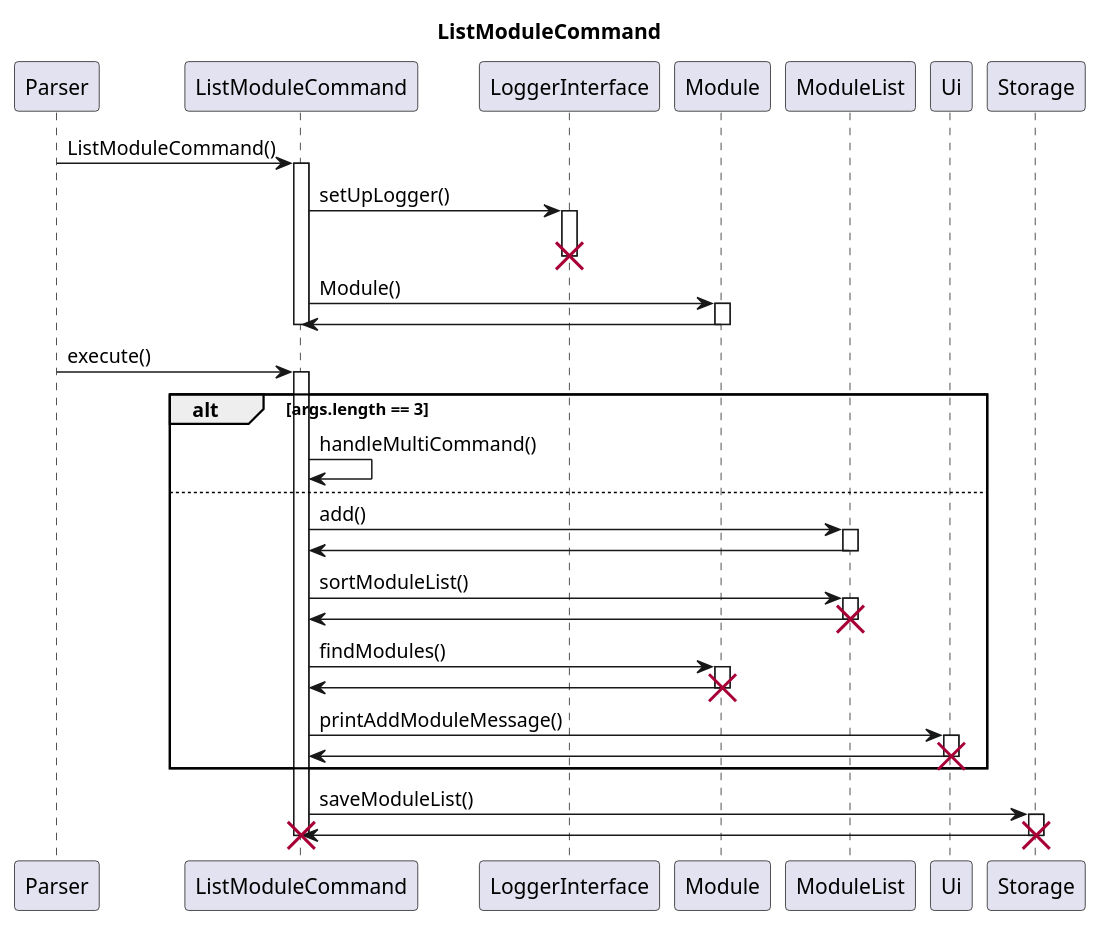
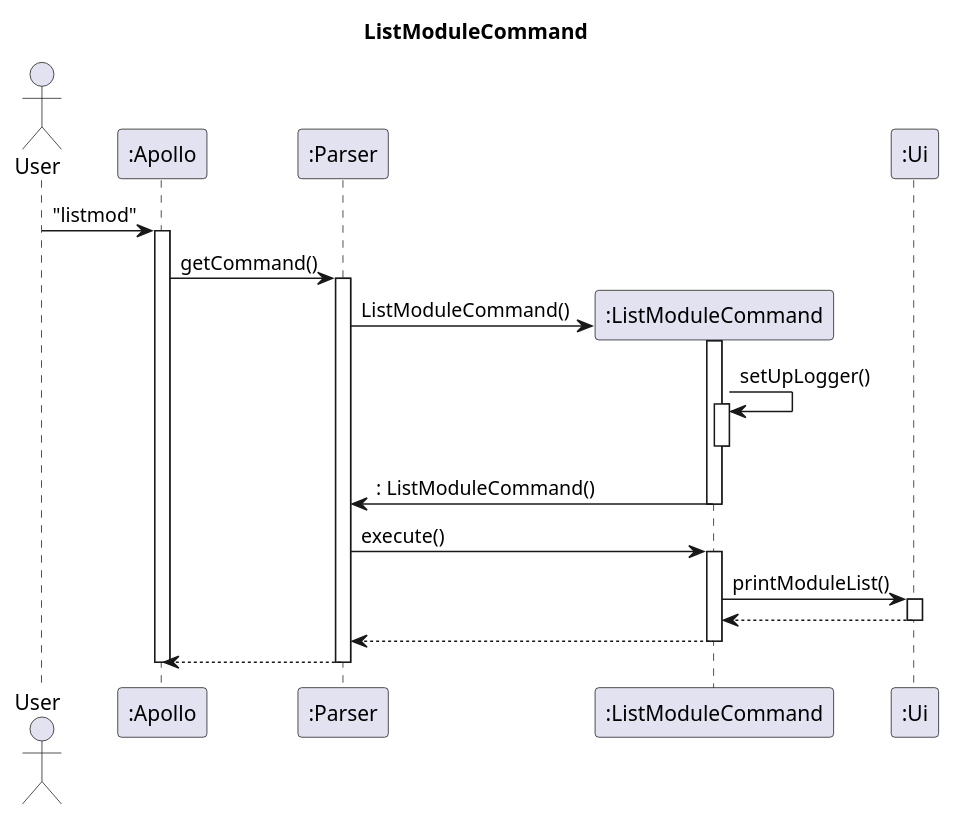
One commit to nus-cs2113-AY2223S2/tp changed the diagram in docs/uml-source/ListMod.puml. Above: the diagram before and after it, drawn with PlantUML. The commit also changed 4 other files, not shown here.

Commit message:
Update UML Diagram for AddModuleCommand

```diff
--- a/docs/uml-source/ListMod.puml
+++ b/docs/uml-source/ListMod.puml
@@ -1,61 +1,42 @@
 @startuml
 'https://plantuml.com/sequence-diagram
 
 title ListModuleCommand
 
-participant Parser as Parser
+actor User
 
-participant ListModuleCommand as ListMod
+participant ":Apollo" as Apollo
+participant ":Parser" as Parser
+participant ":ListModuleCommand" as ListMod
+participant ":Ui" as Ui
 
-Parser -> ListMod : ListModuleCommand()
+User -> Apollo : "listmod"
+activate Apollo
+Apollo -> Parser : getCommand()
+activate Parser
+
+Parser -> ListMod** : ListModuleCommand()
 activate ListMod
-ListMod -> LoggerInterface : setUpLogger()
+ListMod -> ListMod : setUpLogger()
+activate ListMod
+deactivate ListMod
+ListMod -> Parser: : ListModuleCommand()
+deactivate ListMod
 
-activate LoggerInterface
-deactivate LoggerInterface
-destroy LoggerInterface
 
-ListMod -> Module: Module()
-activate Module
-Module -> ListMod
-deactivate Module
-deactivate ListMod
 
 Parser -> ListMod : execute()
 activate ListMod
 
-alt args.length == 3
-    ListMod -> ListMod : handleMultiCommand()
-else
-    ListMod -> ModuleList : add()
-    activate ModuleList
-    ModuleList -> ListMod
-    deactivate ModuleList
+ListMod -> Ui : printModuleList()
+activate Ui
+Ui --> ListMod
+deactivate Ui
 
-    ListMod -> ModuleList : sortModuleList()
-    activate ModuleList
-    ModuleList -> ListMod
-    deactivate ModuleList
-    destroy ModuleList
+ListMod --> Parser
 
-    ListMod -> Module: findModules()
-    activate Module
-    Module -> ListMod
-    deactivate Module
-    destroy Module
-
-    ListMod -> Ui : printAddModuleMessage()
-    activate Ui
-    Ui -> ListMod
-    deactivate Ui
-    destroy Ui
-end
-
-ListMod -> Storage : saveModuleList()
-activate Storage
-Storage -> ListMod
-deactivate Storage
-destroy Storage
-
-destroy ListMod
+deactivate ListMod
+Parser --> Apollo
+deactivate Parser
+deactivate Apollo
 @enduml
```
